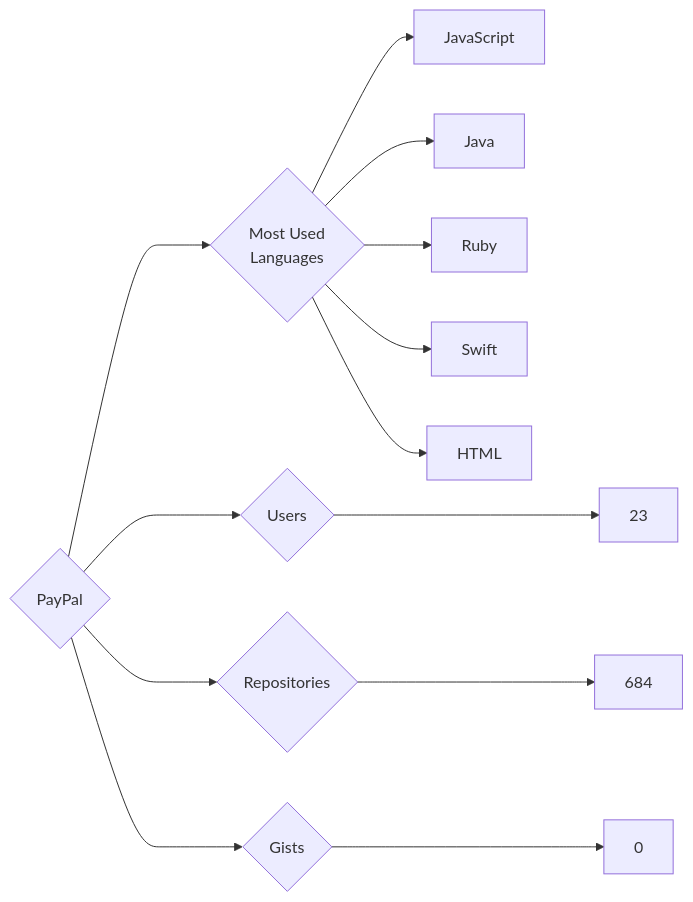
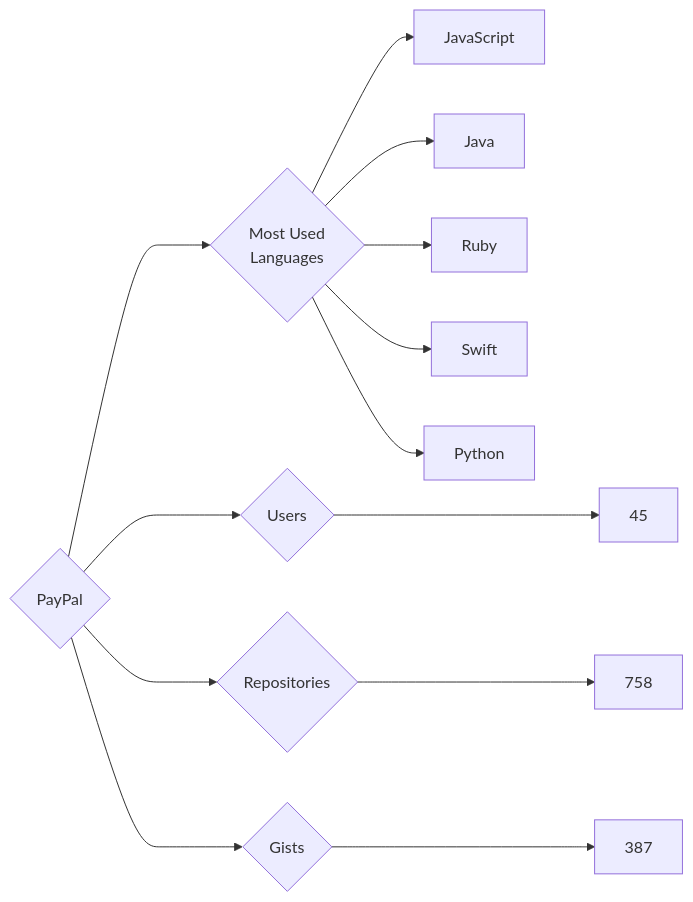
The diagram in targets/PayPal/README.md (trickest/insiders), drawn with Mermaid before and after one commit. The commit also changed 997 other files, not shown here.

````diff
--- a/targets/PayPal/README.md
+++ b/targets/PayPal/README.md
@@ -3,13 +3,13 @@
 ```mermaid
 graph LR
 COMPANY_NAME{PayPal}
-COMPANY_NAME ---> U{Users} ---> UN[23]
-COMPANY_NAME ---> R{Repositories} ---> RN[684]
-COMPANY_NAME ---> G{Gists} ---> GN[0]
+COMPANY_NAME ---> U{Users} ---> UN[45]
+COMPANY_NAME ---> R{Repositories} ---> RN[758]
+COMPANY_NAME ---> G{Gists} ---> GN[387]
 COMPANY_NAME ---> ML{Most Used<br>Languages}
-ML --> JavaScript
-ML --> Java
-ML --> Ruby
-ML --> Swift
-ML --> HTML
+ML --> JavaScript[JavaScript]
+ML --> Java[Java]
+ML --> Ruby[Ruby]
+ML --> Swift[Swift]
+ML --> Python[Python]
 ```
````
